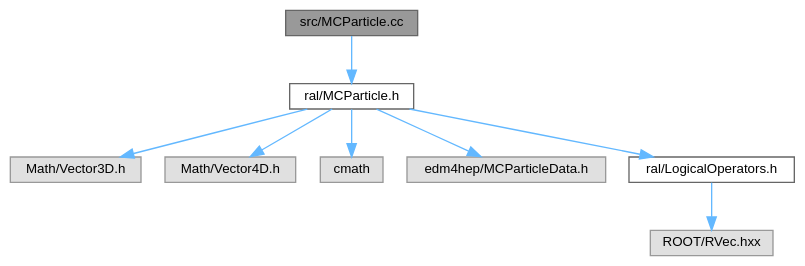
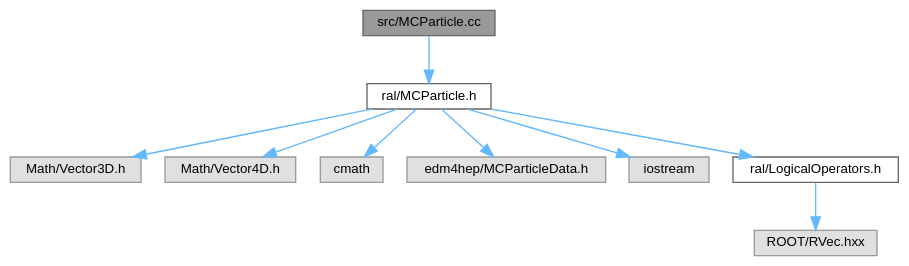
The diagram in docs/MCParticle_8cc__incl.dot (Juanki0396/ral), drawn with Graphviz before and after one commit. The commit also changed 12 other files, not shown here.

```diff
--- a/docs/MCParticle_8cc__incl.dot
+++ b/docs/MCParticle_8cc__incl.dot
@@ -1,22 +1,24 @@
 digraph "src/MCParticle.cc"
 {
  // LATEX_PDF_SIZE
   bgcolor="transparent";
   edge [fontname=Helvetica,fontsize=10,labelfontname=Helvetica,labelfontsize=10];
   node [fontname=Helvetica,fontsize=10,shape=box,height=0.2,width=0.4];
   Node1 [id="Node000001",label="src/MCParticle.cc",height=0.2,width=0.4,color="gray40", fillcolor="grey60", style="filled", fontcolor="black",tooltip=" "];
   Node1 -> Node2 [id="edge1_Node000001_Node000002",color="steelblue1",style="solid",tooltip=" "];
   Node2 [id="Node000002",label="ral/MCParticle.h",height=0.2,width=0.4,color="grey40", fillcolor="white", style="filled",URL="$MCParticle_8h.html",tooltip=" "];
   Node2 -> Node3 [id="edge2_Node000002_Node000003",color="steelblue1",style="solid",tooltip=" "];
   Node3 [id="Node000003",label="Math/Vector3D.h",height=0.2,width=0.4,color="grey60", fillcolor="#E0E0E0", style="filled",tooltip=" "];
   Node2 -> Node4 [id="edge3_Node000002_Node000004",color="steelblue1",style="solid",tooltip=" "];
   Node4 [id="Node000004",label="Math/Vector4D.h",height=0.2,width=0.4,color="grey60", fillcolor="#E0E0E0", style="filled",tooltip=" "];
   Node2 -> Node5 [id="edge4_Node000002_Node000005",color="steelblue1",style="solid",tooltip=" "];
   Node5 [id="Node000005",label="cmath",height=0.2,width=0.4,color="grey60", fillcolor="#E0E0E0", style="filled",tooltip=" "];
   Node2 -> Node6 [id="edge5_Node000002_Node000006",color="steelblue1",style="solid",tooltip=" "];
   Node6 [id="Node000006",label="edm4hep/MCParticleData.h",height=0.2,width=0.4,color="grey60", fillcolor="#E0E0E0", style="filled",tooltip=" "];
   Node2 -> Node7 [id="edge6_Node000002_Node000007",color="steelblue1",style="solid",tooltip=" "];
-  Node7 [id="Node000007",label="ral/LogicalOperators.h",height=0.2,width=0.4,color="grey40", fillcolor="white", style="filled",URL="$LogicalOperators_8h.html",tooltip=" "];
-  Node7 -> Node8 [id="edge7_Node000007_Node000008",color="steelblue1",style="solid",tooltip=" "];
-  Node8 [id="Node000008",label="ROOT/RVec.hxx",height=0.2,width=0.4,color="grey60", fillcolor="#E0E0E0", style="filled",tooltip=" "];
+  Node7 [id="Node000007",label="iostream",height=0.2,width=0.4,color="grey60", fillcolor="#E0E0E0", style="filled",tooltip=" "];
+  Node2 -> Node8 [id="edge7_Node000002_Node000008",color="steelblue1",style="solid",tooltip=" "];
+  Node8 [id="Node000008",label="ral/LogicalOperators.h",height=0.2,width=0.4,color="grey40", fillcolor="white", style="filled",URL="$LogicalOperators_8h.html",tooltip=" "];
+  Node8 -> Node9 [id="edge8_Node000008_Node000009",color="steelblue1",style="solid",tooltip=" "];
+  Node9 [id="Node000009",label="ROOT/RVec.hxx",height=0.2,width=0.4,color="grey60", fillcolor="#E0E0E0", style="filled",tooltip=" "];
 }
```
